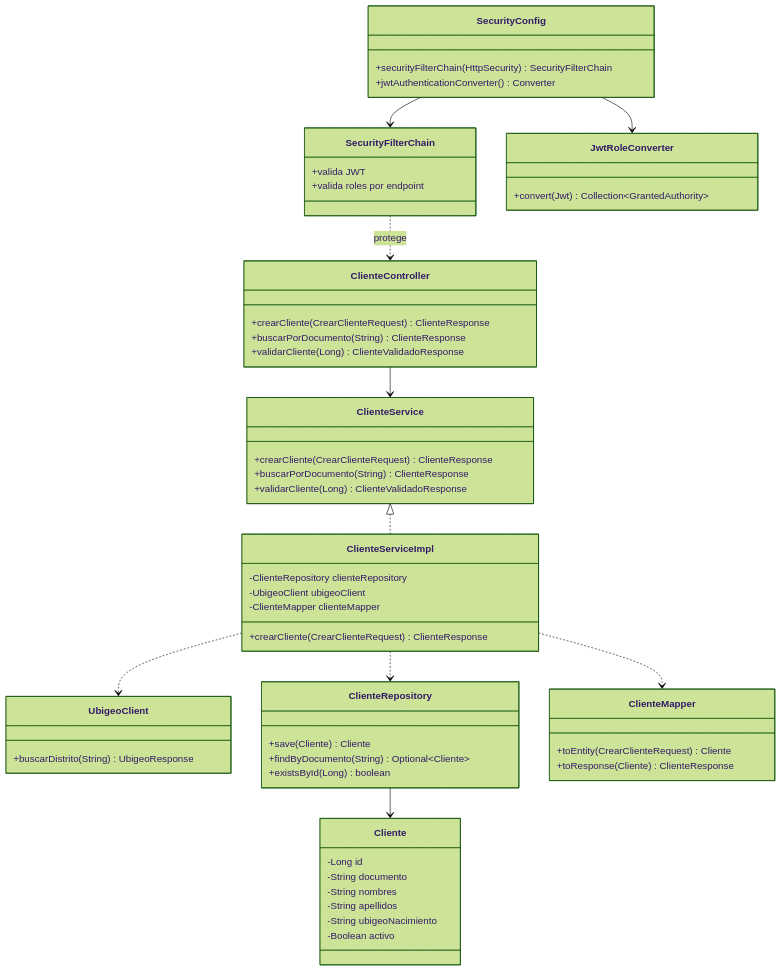
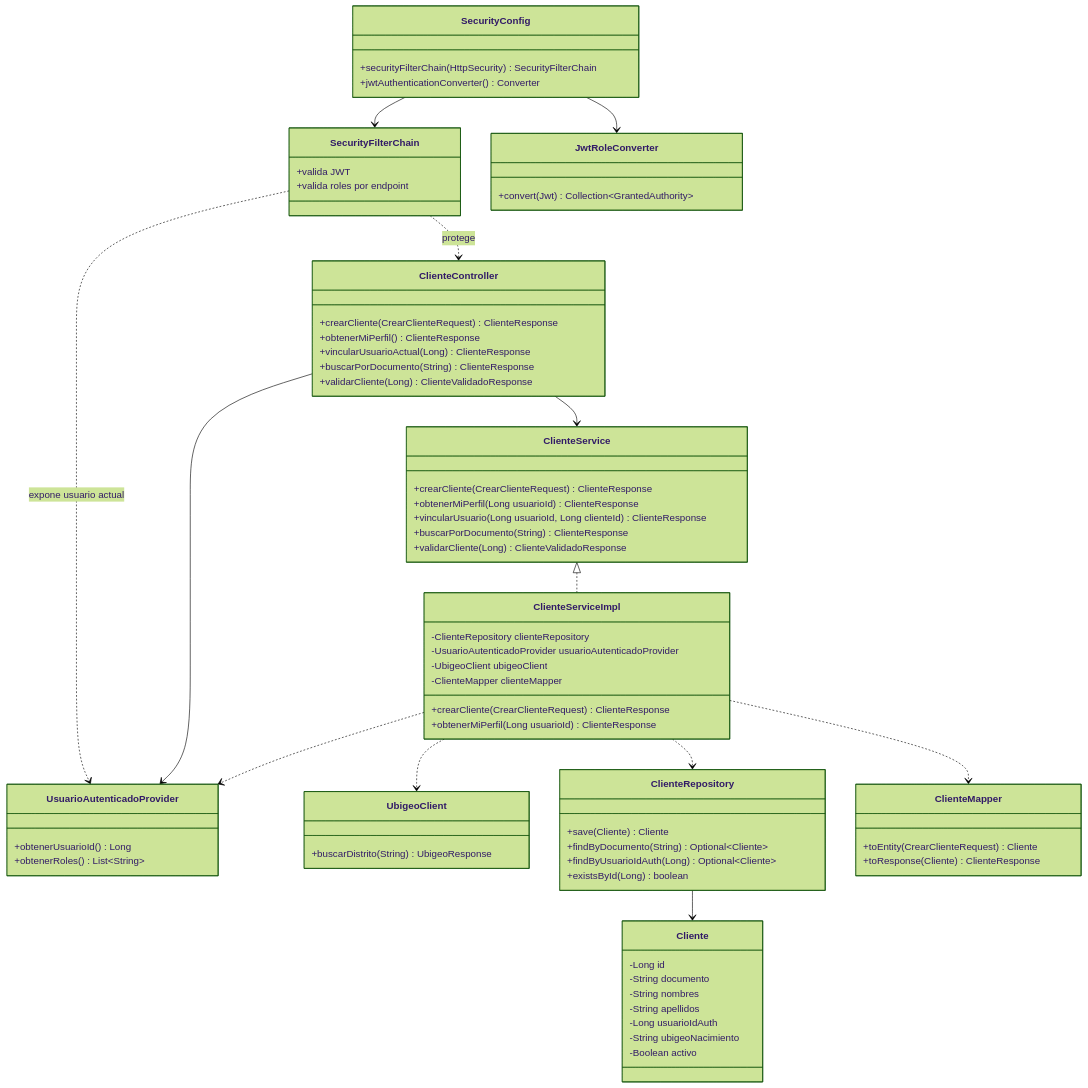
One commit to 262dist/pagatu changed the tenth of 15 diagrams in README_02_ARQUITECTURA_DETALLADA.md. Above: the diagram before and after it, drawn with Mermaid (forest theme). The commit also changed other lines of this file, not shown here.

```diff
--- a/README_02_ARQUITECTURA_DETALLADA.md
+++ b/README_02_ARQUITECTURA_DETALLADA.md
@@ -424,21 +429,32 @@
 
     class ClienteController {
         +crearCliente(CrearClienteRequest) ClienteResponse
+        +obtenerMiPerfil() ClienteResponse
+        +vincularUsuarioActual(Long) ClienteResponse
         +buscarPorDocumento(String) ClienteResponse
         +validarCliente(Long) ClienteValidadoResponse
     }
 
     class ClienteService {
         +crearCliente(CrearClienteRequest) ClienteResponse
+        +obtenerMiPerfil(Long usuarioId) ClienteResponse
+        +vincularUsuario(Long usuarioId, Long clienteId) ClienteResponse
         +buscarPorDocumento(String) ClienteResponse
         +validarCliente(Long) ClienteValidadoResponse
     }
 
     class ClienteServiceImpl {
         -ClienteRepository clienteRepository
+        -UsuarioAutenticadoProvider usuarioAutenticadoProvider
         -UbigeoClient ubigeoClient
         -ClienteMapper clienteMapper
         +crearCliente(CrearClienteRequest) ClienteResponse
+        +obtenerMiPerfil(Long usuarioId) ClienteResponse
+    }
+
+    class UsuarioAutenticadoProvider {
+        +obtenerUsuarioId() Long
+        +obtenerRoles() List~String~
     }
 
     class UbigeoClient {
@@ -448,6 +464,7 @@
     class ClienteRepository {
         +save(Cliente) Cliente
         +findByDocumento(String) Optional~Cliente~
+        +findByUsuarioIdAuth(Long) Optional~Cliente~
         +existsById(Long) boolean
     }
 
@@ -461,6 +478,7 @@
         -String documento
         -String nombres
         -String apellidos
+        -Long usuarioIdAuth
         -String ubigeoNacimiento
         -Boolean activo
     }
@@ -468,9 +486,12 @@
     SecurityConfig --> SecurityFilterChain
     SecurityConfig --> JwtRoleConverter
     SecurityFilterChain ..> ClienteController : protege
+    SecurityFilterChain ..> UsuarioAutenticadoProvider : expone usuario actual
     ClienteController --> ClienteService
+    ClienteController --> UsuarioAutenticadoProvider
     ClienteService <|.. ClienteServiceImpl
     ClienteServiceImpl ..> ClienteRepository
+    ClienteServiceImpl ..> UsuarioAutenticadoProvider
     ClienteServiceImpl ..> UbigeoClient
     ClienteServiceImpl ..> ClienteMapper
     ClienteRepository --> Cliente
```
